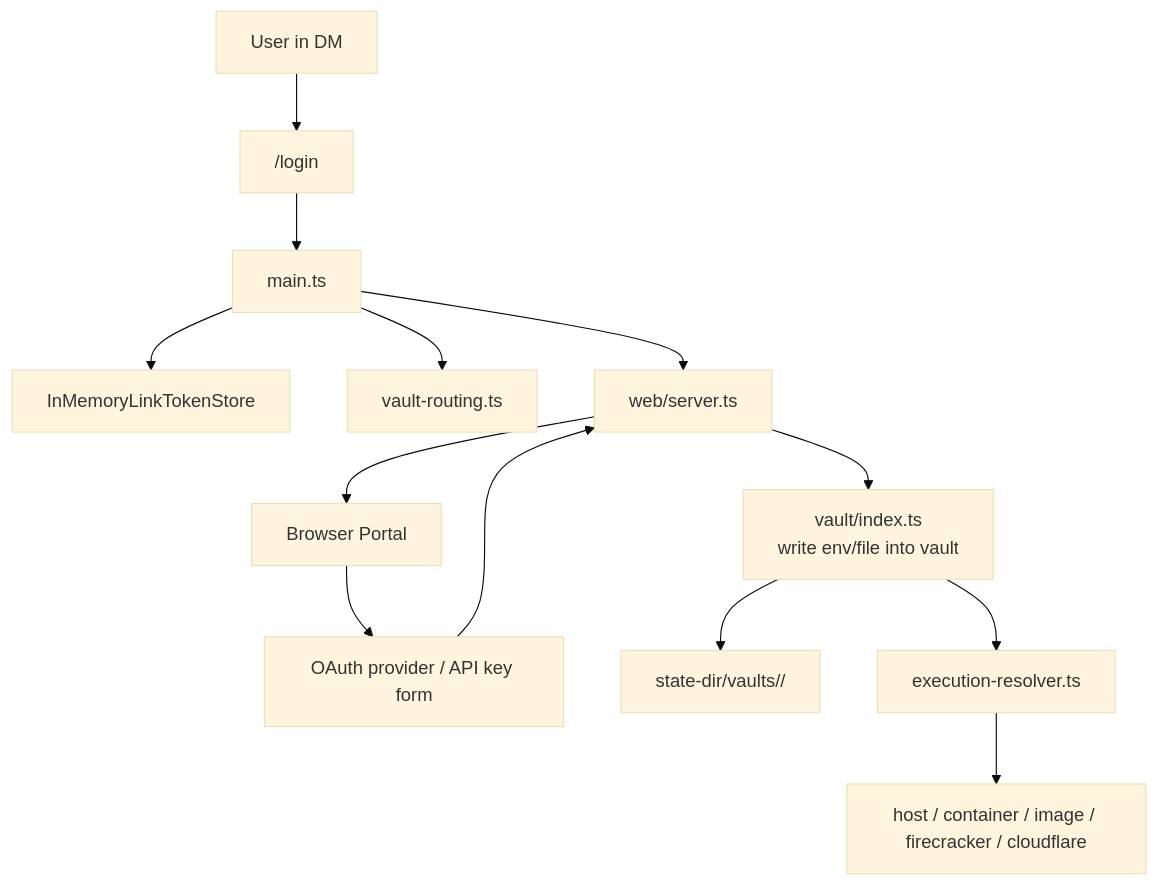
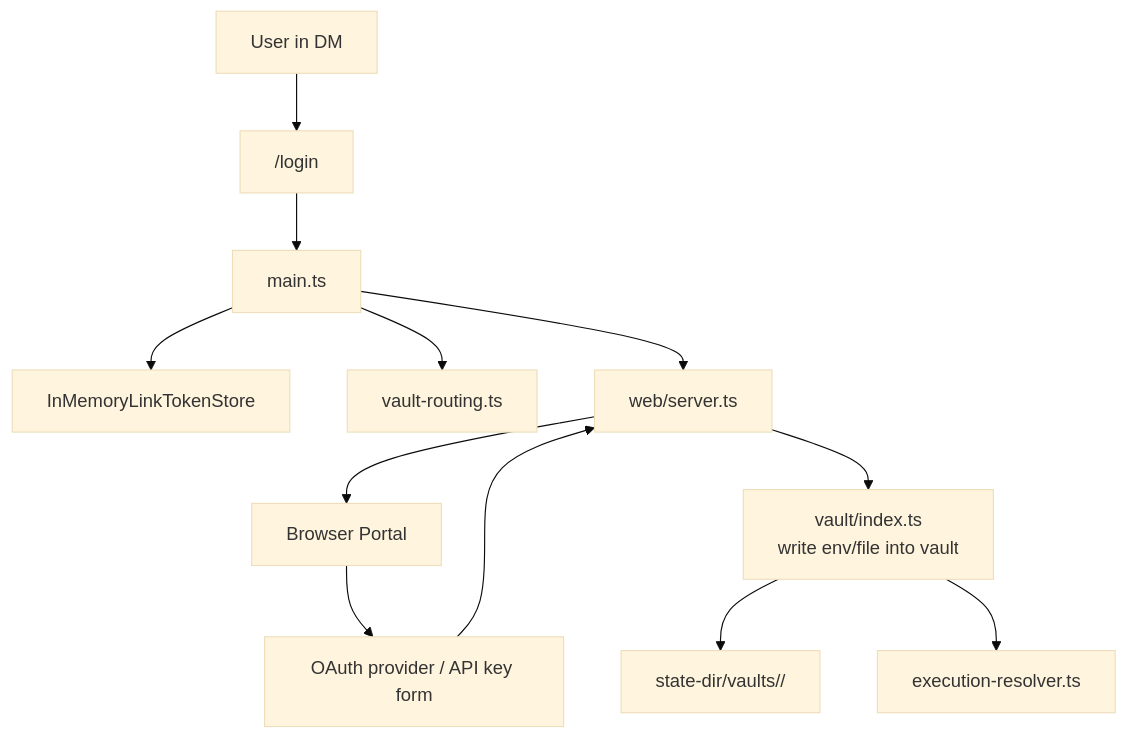
The second of 2 diagrams in src/content/docs/architecture.md (geminixiang/mikan), drawn with Mermaid (base theme) before and after one commit. The commit also changed other lines of this file and 188 other files, not shown here.

````diff
--- a/src/content/docs/architecture.md
+++ b/src/content/docs/architecture.md
@@ -178,15 +177,14 @@
 ```mermaid
 flowchart TD
   User["User in DM"] --> LoginCmd["/login"]
   LoginCmd --> Main["main.ts"]
   Main --> LinkToken["InMemoryLinkTokenStore"]
   Main --> VaultRouting["vault-routing.ts"]
   Main --> WebServer["web/server.ts"]
   WebServer --> Browser["Browser Portal"]
   Browser --> OAuth["OAuth provider / API key form"]
   OAuth --> WebServer
   WebServer --> VaultManager["vault/index.ts\nwrite env/file into vault"]
   VaultManager --> VaultDir["state-dir/vaults/<vaultId>/"]
   VaultManager --> Resolver["execution-resolver.ts"]
-  Resolver --> Sandbox["host / container / image / firecracker / cloudflare"]
 ```
````
